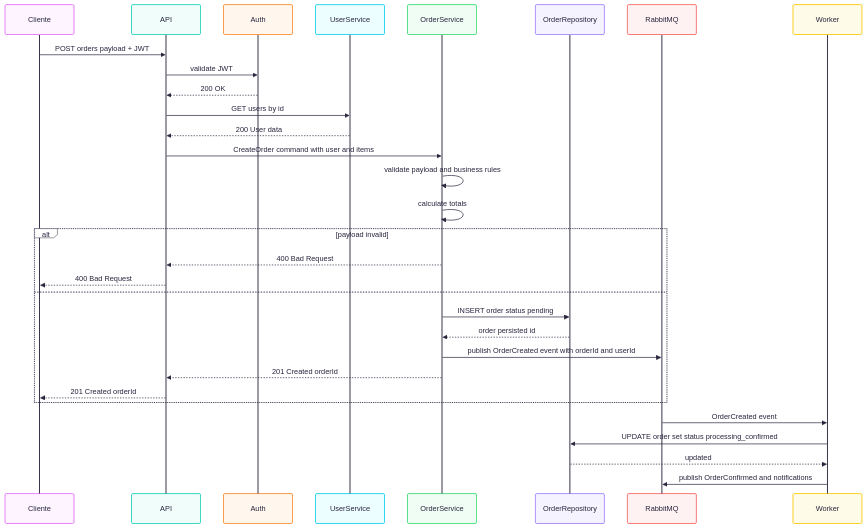
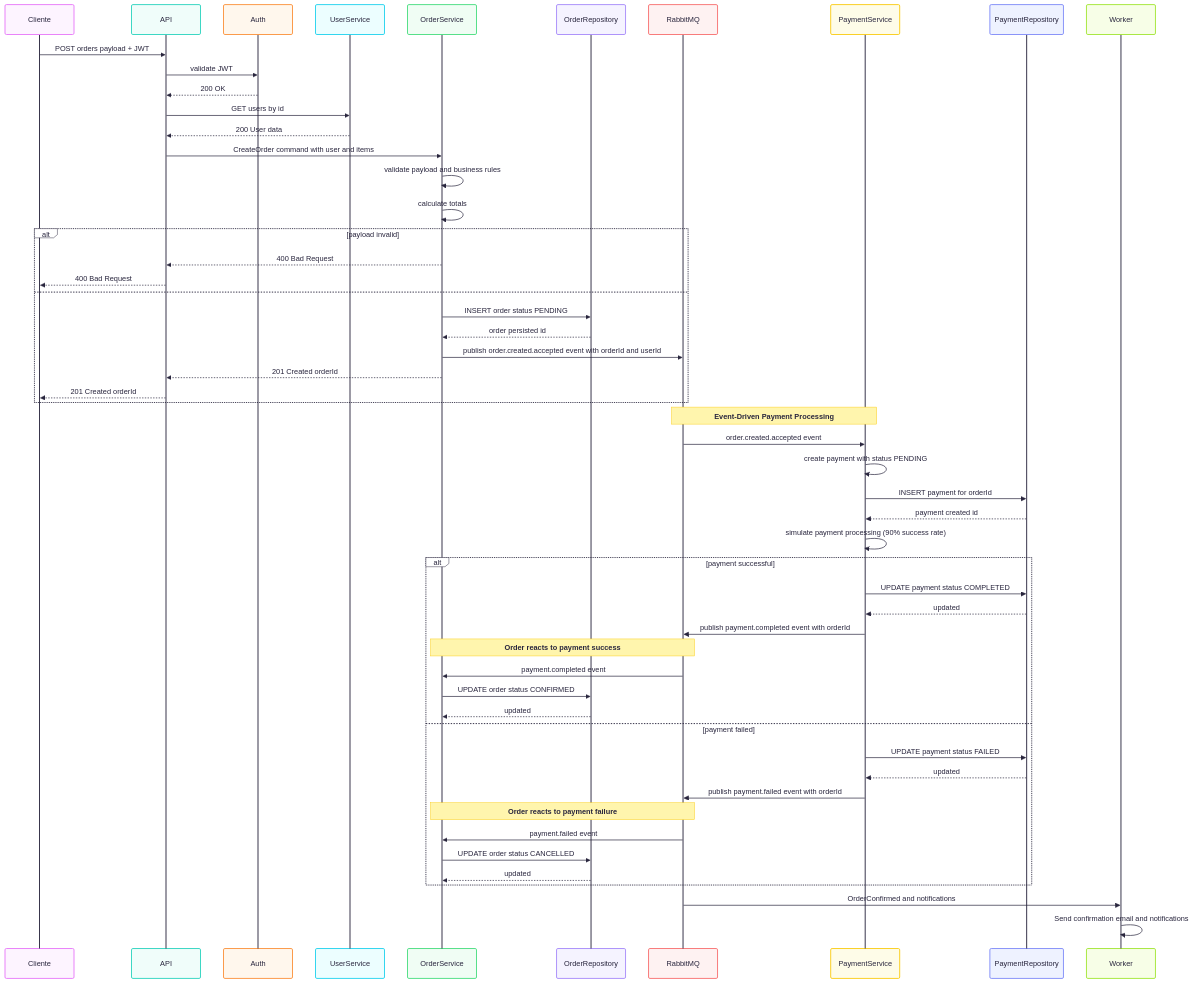
Before and after one commit to rickalves/ecommerce-microservices: the diagram in docs/Sequence-OrderCreation.mmd, drawn with Mermaid. The commit also changed 34 other files, not shown here.

First line of the commit message:
feat(payment): implementa microserviço de pagamentos com arquitetura event-driven

```diff
--- a/docs/Sequence-OrderCreation.mmd
+++ b/docs/Sequence-OrderCreation.mmd
@@ -1,52 +1,83 @@
 ---
 config:
   theme: redux-color
 ---
 sequenceDiagram
     %% Participantes (IDs sem espaços para máxima compatibilidade)
     participant Cliente
     participant API
     participant Auth
     participant UserService
     participant OrderService
     participant OrderRepository
     participant RabbitMQ
+    participant PaymentService
+    participant PaymentRepository
     participant Worker
 
     %% Fluxo principal: criação de pedido (síncrono até persistência)
     Cliente->>API: POST orders payload + JWT
     API->>Auth: validate JWT
     Auth-->>API: 200 OK
 
     %% Validação de usuário (opcional)
     API->>UserService: GET users by id
     UserService-->>API: 200 User data
 
     %% Tentativa de criação do pedido
     API->>OrderService: CreateOrder command with user and items
     %% Validação e cálculos (sequencial para compatibilidade de renderizadores)
     OrderService->>OrderService: validate payload and business rules
     OrderService->>OrderService: calculate totals
 
     alt payload invalid
         OrderService-->>API: 400 Bad Request
         API-->>Cliente: 400 Bad Request
     else
-        OrderService->>OrderRepository: INSERT order status pending
+        OrderService->>OrderRepository: INSERT order status PENDING
         OrderRepository-->>OrderService: order persisted id
 
-        OrderService->>RabbitMQ: publish OrderCreated event with orderId and userId
+        OrderService->>RabbitMQ: publish order.created.accepted event with orderId and userId
         OrderService-->>API: 201 Created orderId
         API-->>Cliente: 201 Created orderId
     end
 
-    %% Processamento assíncrono: consumidor/worker reage ao evento
-    RabbitMQ->>Worker: OrderCreated event
-    Worker->>OrderRepository: UPDATE order set status processing_confirmed
-    OrderRepository-->>Worker: updated
-    Worker->>RabbitMQ: publish OrderConfirmed and notifications
+    %% Processamento assíncrono: Payment Service processa pagamento
+    Note over RabbitMQ,PaymentService: Event-Driven Payment Processing
+    RabbitMQ->>PaymentService: order.created.accepted event
+    PaymentService->>PaymentService: create payment with status PENDING
+    PaymentService->>PaymentRepository: INSERT payment for orderId
+    PaymentRepository-->>PaymentService: payment created id
+
+    PaymentService->>PaymentService: simulate payment processing (90% success rate)
+
+    alt payment successful
+        PaymentService->>PaymentRepository: UPDATE payment status COMPLETED
+        PaymentRepository-->>PaymentService: updated
+        PaymentService->>RabbitMQ: publish payment.completed event with orderId
+
+        Note over RabbitMQ,OrderService: Order reacts to payment success
+        RabbitMQ->>OrderService: payment.completed event
+        OrderService->>OrderRepository: UPDATE order status CONFIRMED
+        OrderRepository-->>OrderService: updated
+    else payment failed
+        PaymentService->>PaymentRepository: UPDATE payment status FAILED
+        PaymentRepository-->>PaymentService: updated
+        PaymentService->>RabbitMQ: publish payment.failed event with orderId
+
+        Note over RabbitMQ,OrderService: Order reacts to payment failure
+        RabbitMQ->>OrderService: payment.failed event
+        OrderService->>OrderRepository: UPDATE order status CANCELLED
+        OrderRepository-->>OrderService: updated
+    end
+
+    %% Processamento adicional: worker reage aos eventos
+    RabbitMQ->>Worker: OrderConfirmed and notifications
+    Worker->>Worker: Send confirmation email and notifications
 
 %% Observações:
 %% - correlationId deve ser propagado para tracing e logs distribuídos.
 %% - O gateway realiza autenticação e validação leve; lógica de domínio fica no OrderService.
-%% - OrderCreated é publicado de forma at-least-once; consumidores idempotentes devem ser usados.
+%% - order.created.accepted é publicado de forma at-least-once; consumidores idempotentes devem ser usados.
+%% - Payment Service implementa arquitetura event-driven: escuta ordem e publica eventos de pagamento.
+%% - Order Service reage automaticamente a eventos de pagamento para atualizar status.
```
